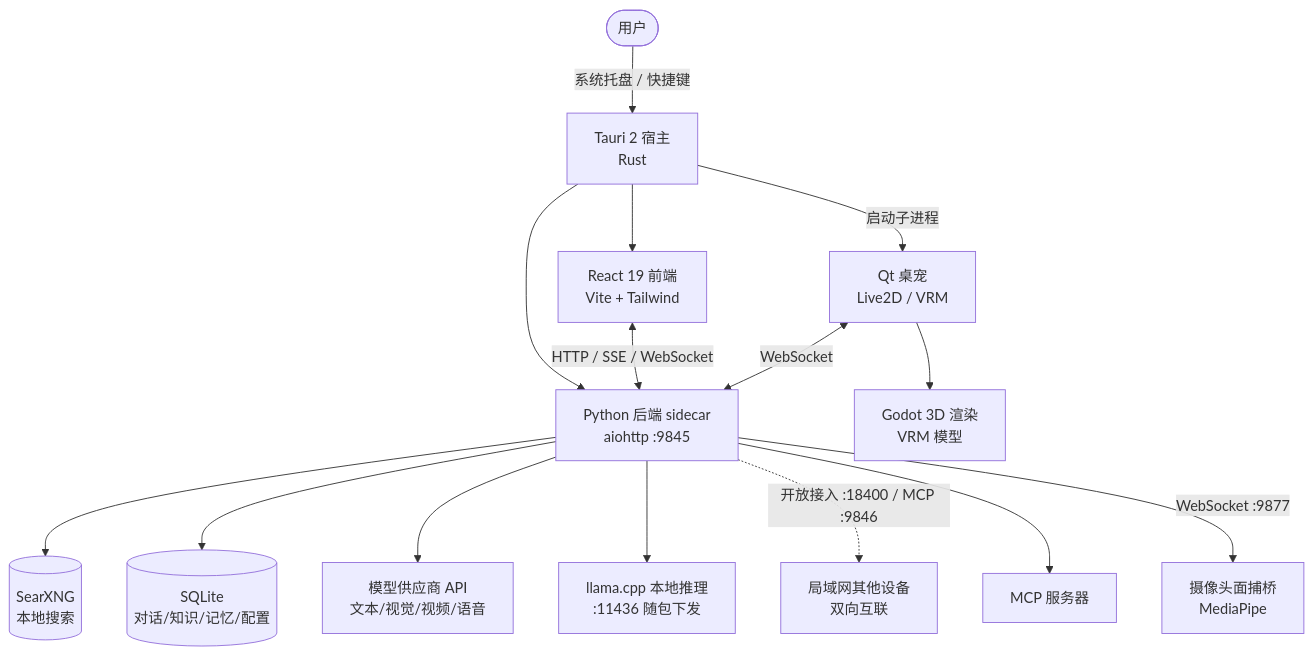
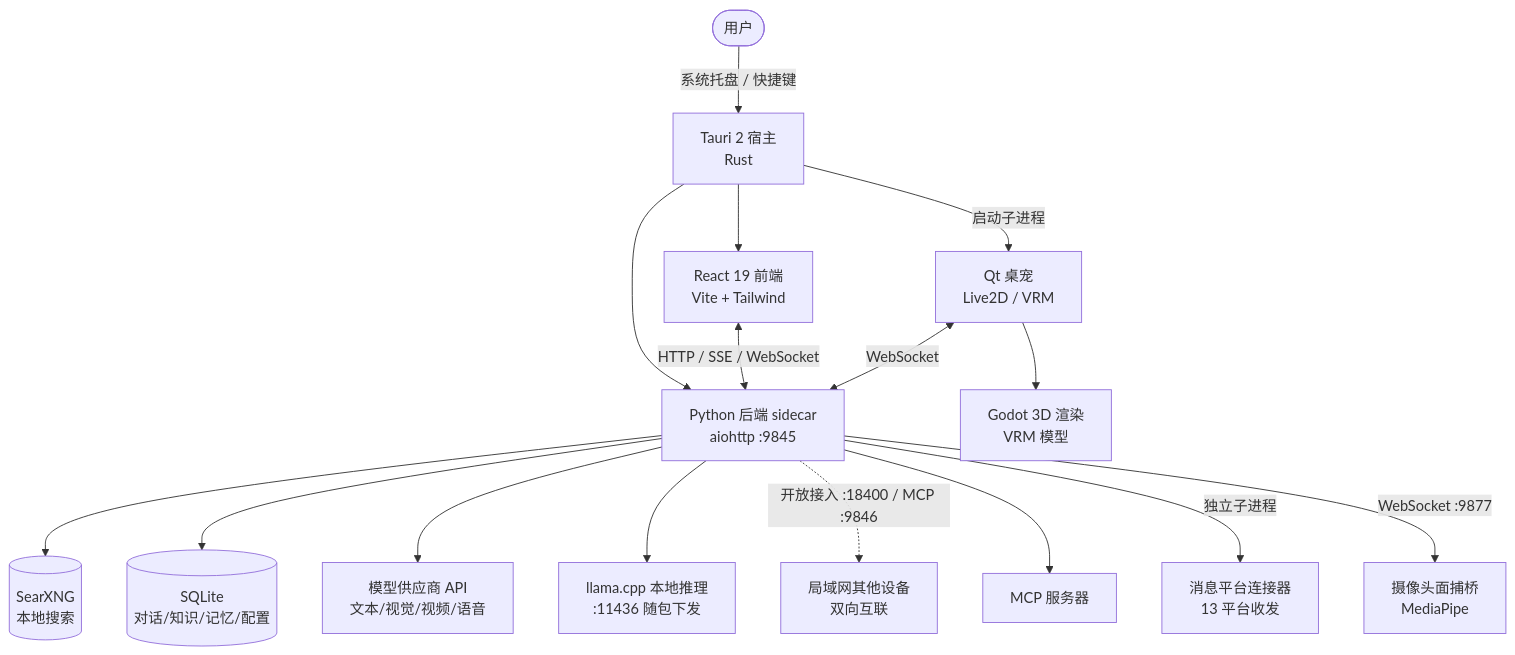
The diagram in README.md (Hayliy/naixi-desktop), drawn with Mermaid before and after one commit. The commit also changed other lines of this file and 1 other file, not shown here.

````diff
--- a/README.md
+++ b/README.md
@@ -180,17 +187,18 @@
 ```mermaid
 graph TB
     User([用户]) -->|系统托盘 / 快捷键| Tauri[Tauri 2 宿主<br/>Rust]
     Tauri --> React[React 19 前端<br/>Vite + Tailwind]
     Tauri --> Python[Python 后端 sidecar<br/>aiohttp :9845]
     React <-->|HTTP / SSE / WebSocket| Python
     Python --> Search[(SearXNG<br/>本地搜索)]
     Python --> DB[(SQLite<br/>对话/知识/记忆/配置)]
     Python --> LLM[模型供应商 API<br/>文本/视觉/视频/语音]
     Python --> Local[llama.cpp 本地推理<br/>:11436 随包下发]
     Python -.->|开放接入 :18400 / MCP :9846| Mesh[局域网其他设备<br/>双向互联]
     Python --> MCP[MCP 服务器]
+    Python -->|独立子进程| Conn[消息平台连接器<br/>13 平台收发]
     Python -->|WebSocket :9877| Face[摄像头面捕桥<br/>MediaPipe]
     Tauri -->|启动子进程| Pet[Qt 桌宠<br/>Live2D / VRM]
     Pet <-->|WebSocket| Python
     Pet --> Godot[Godot 3D 渲染<br/>VRM 模型]
 ```
````
